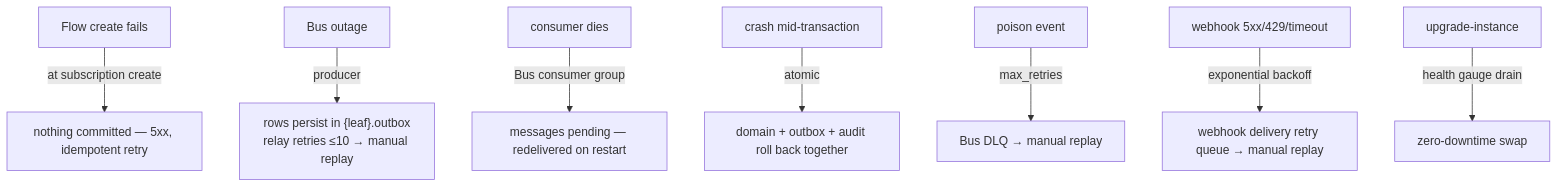
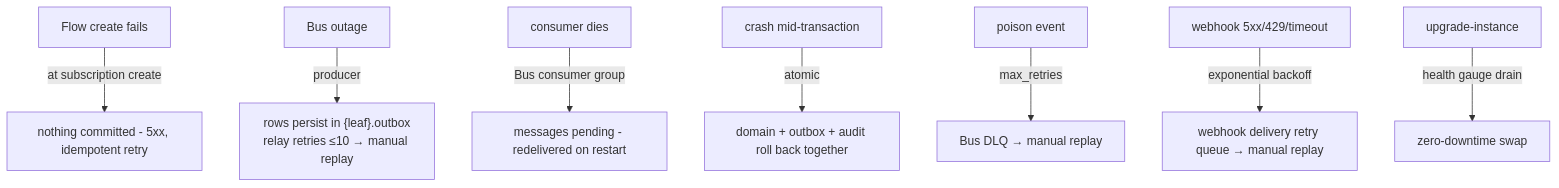
Before and after one commit to commerce8/bill8: the eighth of 9 diagrams in DESIGN.md, drawn with Mermaid. The commit also changed other lines of this file and 6 other files, not shown here.

````diff
--- a/DESIGN.md
+++ b/DESIGN.md
@@ -239,10 +239,10 @@
 ```mermaid
 flowchart TD
-    FLOW_FAIL["Flow create fails"] -->|"at subscription create"| NB["nothing committed — 5xx, idempotent retry"]
+    FLOW_FAIL["Flow create fails"] -->|"at subscription create"| NB["nothing committed - 5xx, idempotent retry"]
     RELAY_FAIL["Bus outage"] -->|"producer"| OUTBOX["rows persist in {leaf}.outbox<br/>relay retries ≤10 → manual replay"]
-    WKR_FAIL["consumer dies"] -->|"Bus consumer group"| RED["messages pending — redelivered on restart"]
+    WKR_FAIL["consumer dies"] -->|"Bus consumer group"| RED["messages pending - redelivered on restart"]
     CRASH["crash mid-transaction"] -->|"atomic"| RB["domain + outbox + audit roll back together"]
     DLQ["poison event"] -->|"max_retries"| BUSDLQ["Bus DLQ → manual replay"]
     WH_FAIL["webhook 5xx/429/timeout"] -->|"exponential backoff"| WHDLQ["webhook delivery retry queue → manual replay"]
     DRAIN["upgrade-instance"] -->|"health gauge drain"| ZERO["zero-downtime swap"]
 ```
````
